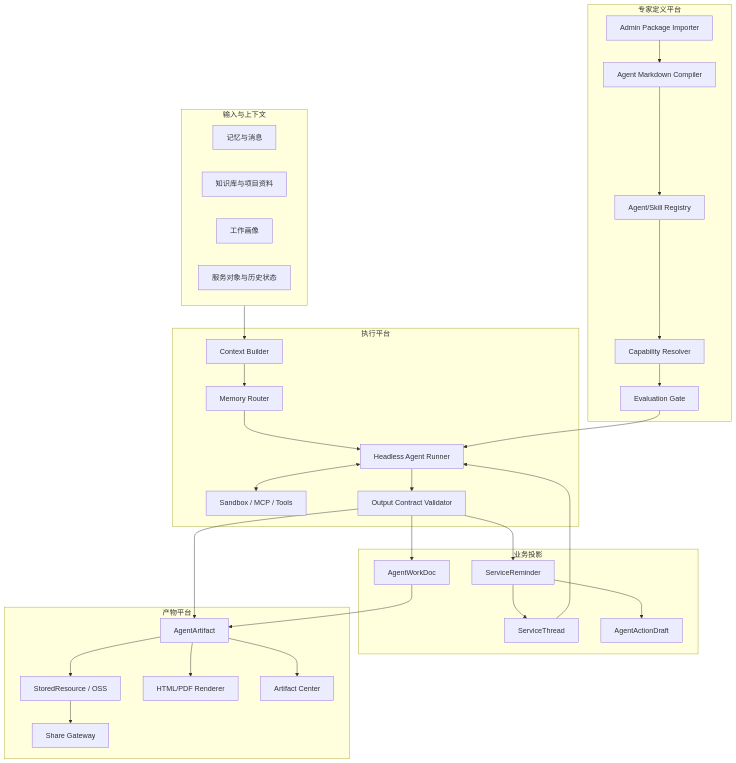
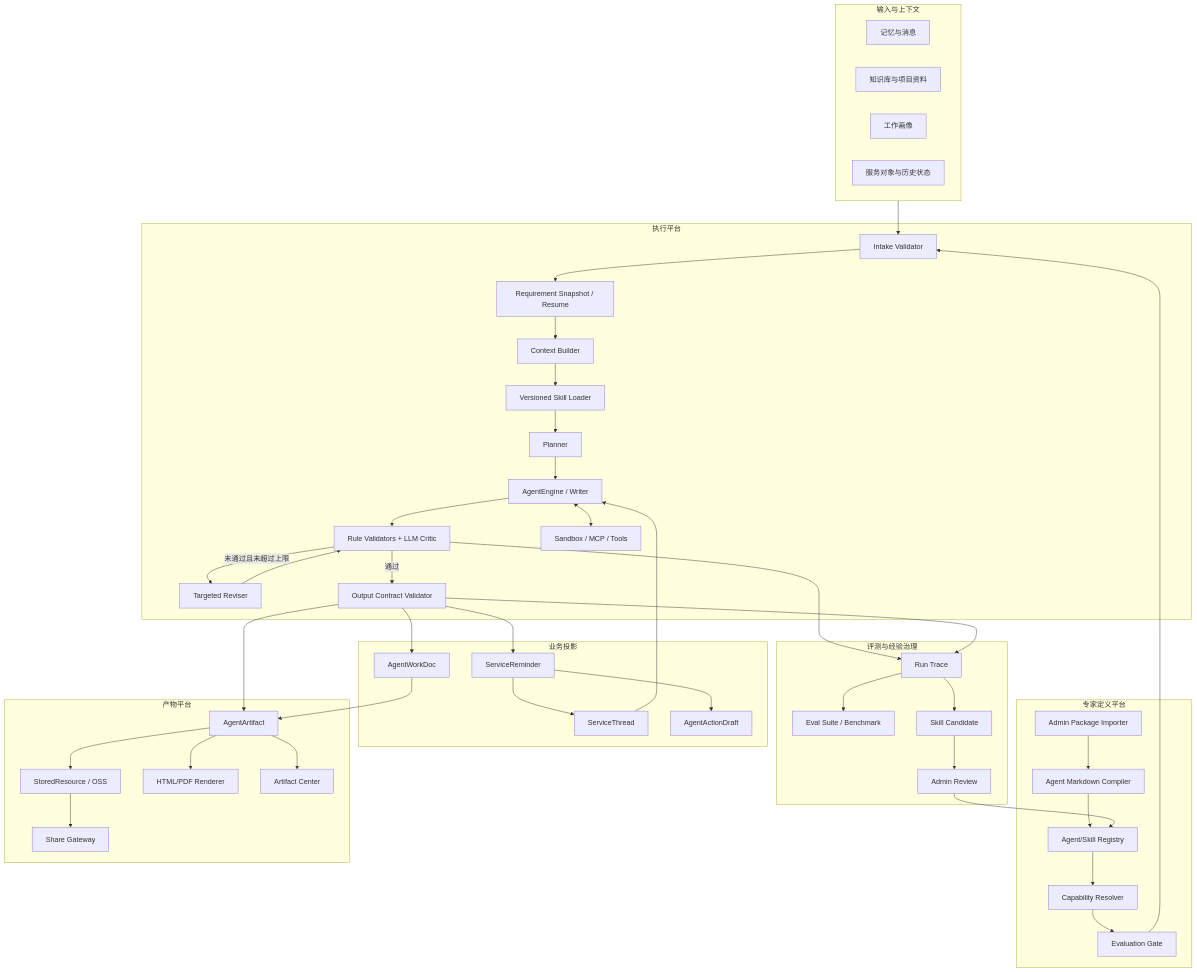
One commit to xkl2013/ruile changed the second of 2 diagrams in docs/服务Agent与卡片报告架构设计.md. Above: the diagram before and after it, drawn with Mermaid. The commit also changed other lines of this file and 32 other files, not shown here.

````diff
--- a/docs/服务Agent与卡片报告架构设计.md
+++ b/docs/服务Agent与卡片报告架构设计.md
@@ -169,59 +203,78 @@
 ```mermaid
 flowchart TB
     subgraph Input["输入与上下文"]
         M["记忆与消息"]
         K["知识库与项目资料"]
         P["工作画像"]
         S["服务对象与历史状态"]
     end
 
     subgraph Definition["专家定义平台"]
         I["Admin Package Importer"]
         C["Agent Markdown Compiler"]
         AR["Agent/Skill Registry"]
         CR["Capability Resolver"]
         E["Evaluation Gate"]
         I --> C --> AR
         AR --> CR --> E
     end
 
     subgraph Runtime["执行平台"]
+        IV["Intake Validator"]
+        RR["Requirement Snapshot / Resume"]
         CB["Context Builder"]
-        RT["Memory Router"]
-        HR["Headless Agent Runner"]
+        SL["Versioned Skill Loader"]
+        PL["Planner"]
+        HR["AgentEngine / Writer"]
+        QC["Rule Validators + LLM Critic"]
+        RV["Targeted Reviser"]
         SB["Sandbox / MCP / Tools"]
         OV["Output Contract Validator"]
-        CB --> RT --> HR
+        IV --> RR --> CB
+        CB --> SL --> PL --> HR
         HR <--> SB
-        HR --> OV
+        HR --> QC
+        QC -->|未通过且未超过上限| RV --> QC
+        QC -->|通过| OV
     end
 
     subgraph Product["业务投影"]
         CARD["ServiceReminder"]
         DOC["AgentWorkDoc"]
         THREAD["ServiceThread"]
         ACTION["AgentActionDraft"]
     end
 
     subgraph Artifact["产物平台"]
         ART["AgentArtifact"]
         RES["StoredResource / OSS"]
         RENDER["HTML/PDF Renderer"]
         SHARE["Share Gateway"]
         CENTER["Artifact Center"]
         ART --> RES
         ART --> RENDER
         RES --> SHARE
         ART --> CENTER
     end
 
-    Input --> CB
-    E --> HR
+    subgraph Learning["评测与经验治理"]
+        TRACE["Run Trace"]
+        EVAL["Eval Suite / Benchmark"]
+        SC["Skill Candidate"]
+        APPROVE["Admin Review"]
+        TRACE --> EVAL
+        TRACE --> SC --> APPROVE --> AR
+    end
+
+    Input --> IV
+    E --> IV
     OV --> CARD
     OV --> DOC
     OV --> ART
     THREAD --> HR
     CARD --> THREAD
     DOC --> ART
     CARD --> ACTION
+    QC --> TRACE
+    OV --> TRACE
 ```
````
